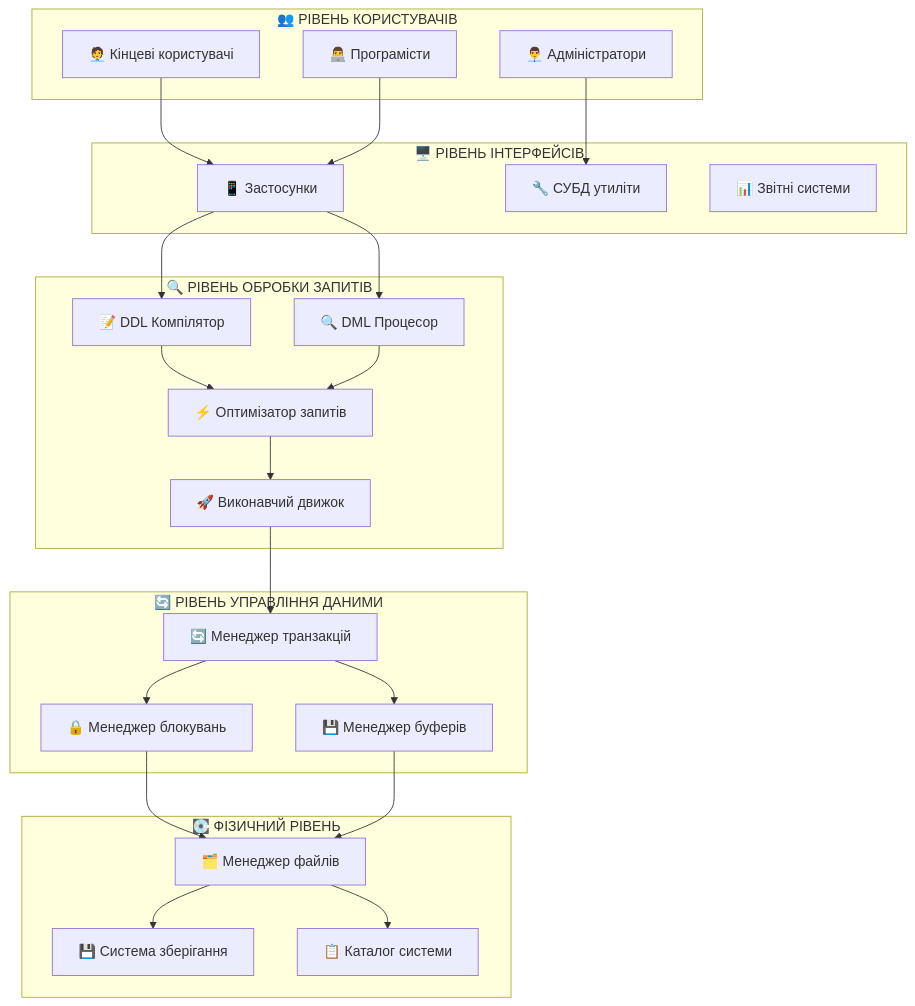
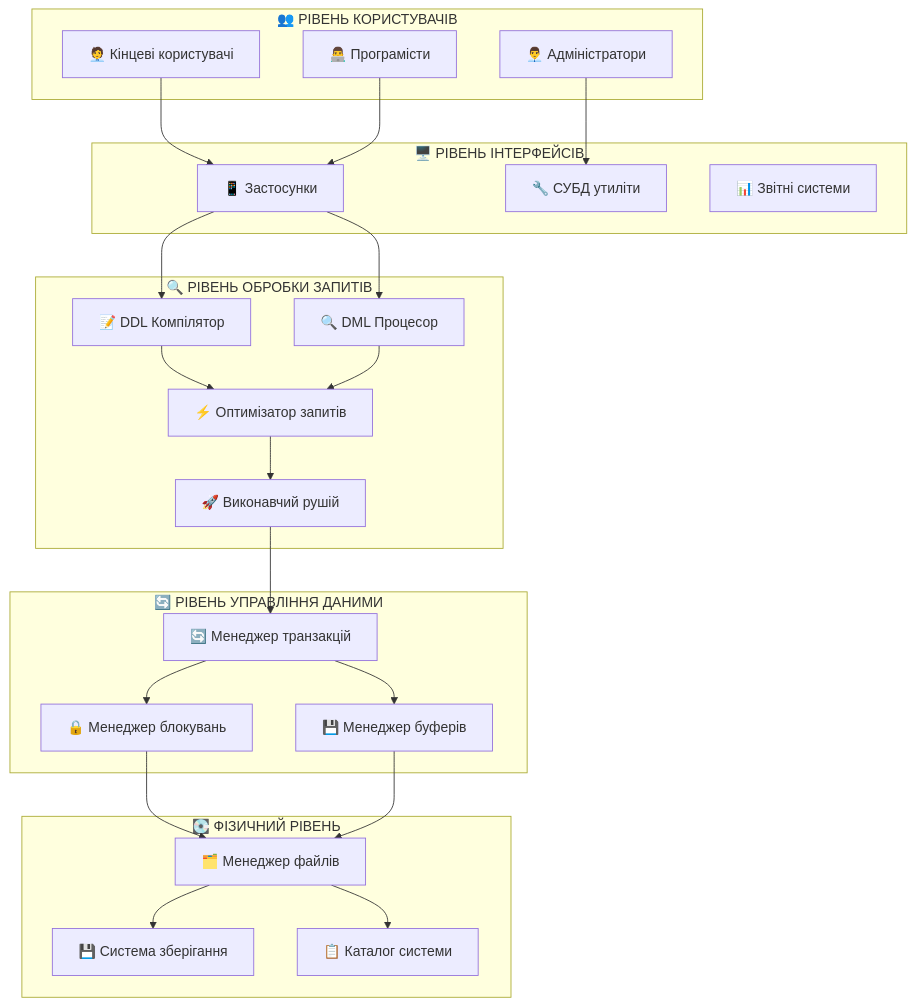
The second of 5 diagrams in docs/presentations/presentation-02.md (olroi421/course-bd), drawn with Mermaid before and after one commit.

````diff
--- a/docs/presentations/presentation-02.md
+++ b/docs/presentations/presentation-02.md
@@ -346,49 +346,49 @@
 ```mermaid
 graph TB
     subgraph "👥 РІВЕНЬ КОРИСТУВАЧІВ"
         A[🧑‍💼 Кінцеві користувачі]
         B[👨‍💻 Програмісти]
         C[👨‍💼 Адміністратори]
     end
 
     subgraph "🖥️ РІВЕНЬ ІНТЕРФЕЙСІВ"
         D[📱 Застосунки]
         E[🔧 СУБД утиліти]
         F[📊 Звітні системи]
     end
 
     subgraph "🔍 РІВЕНЬ ОБРОБКИ ЗАПИТІВ"
         G[📝 DDL Компілятор]
         H[🔍 DML Процесор]
         I[⚡ Оптимізатор запитів]
-        J[🚀 Виконавчий движок]
+        J[🚀 Виконавчий рушій]
     end
 
     subgraph "🔄 РІВЕНЬ УПРАВЛІННЯ ДАНИМИ"
         K[🔄 Менеджер транзакцій]
         L[🔒 Менеджер блокувань]
         M[💾 Менеджер буферів]
     end
 
     subgraph "💽 ФІЗИЧНИЙ РІВЕНЬ"
         N[🗂️ Менеджер файлів]
         O[💾 Система зберігання]
         P[📋 Каталог системи]
     end
 
     A --> D
     B --> D
     C --> E
     D --> G
     D --> H
     G --> I
     H --> I
     I --> J
     J --> K
     K --> L
     K --> M
     L --> N
     M --> N
     N --> O
     N --> P
 ```
````
